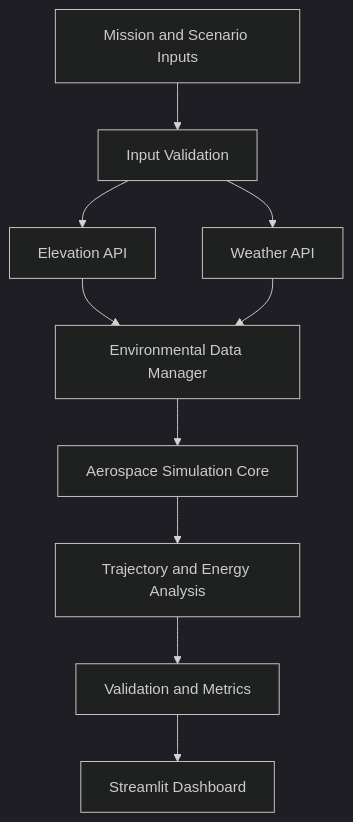
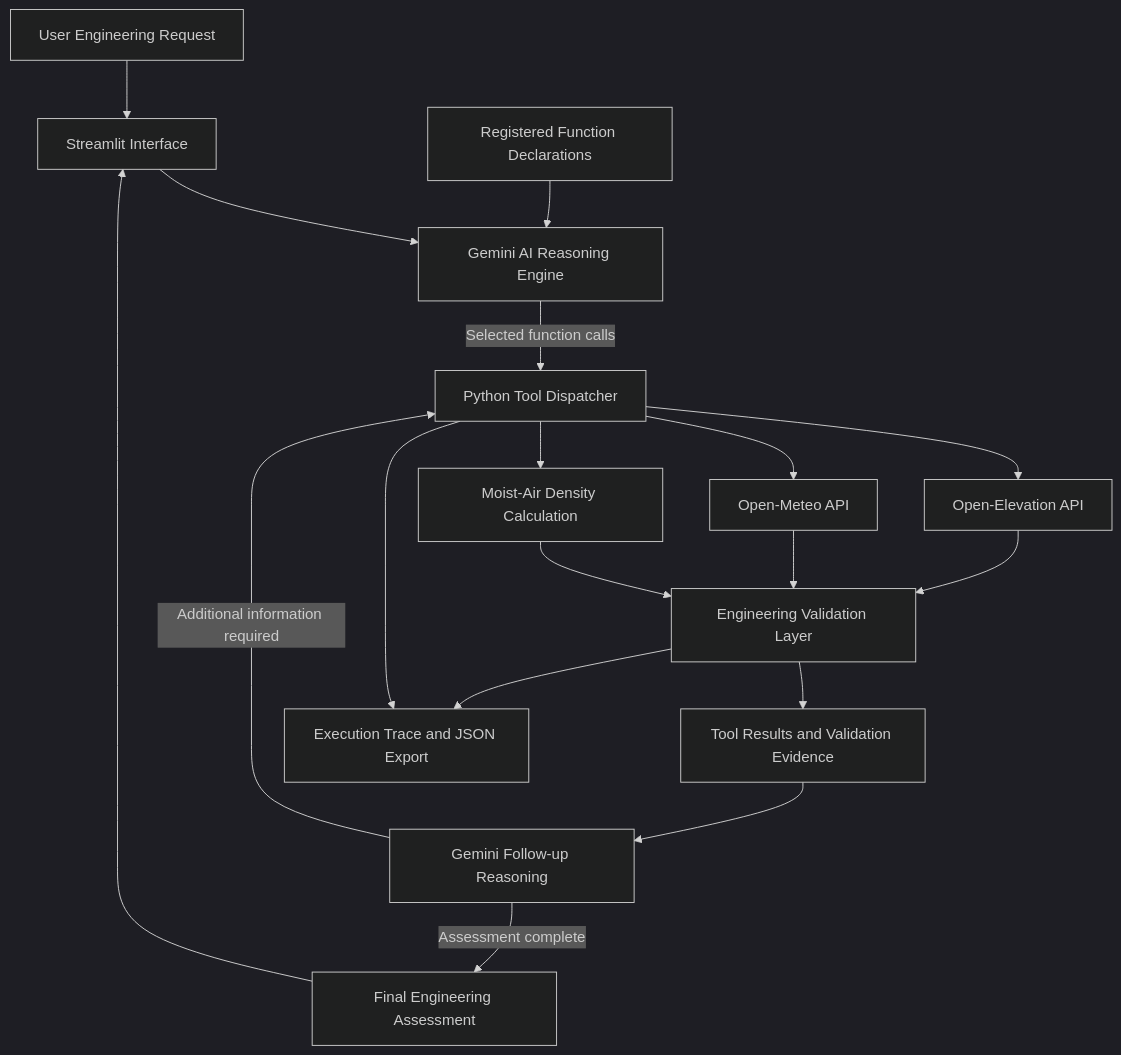
The first of 2 diagrams in README.md (SreeVidhyaBhaskar/PHALANX-AI), drawn with Mermaid (dark theme) before and after one commit. The commit also changed other lines of this file and 6 other files, not shown here.

````diff
--- a/README.md
+++ b/README.md
@@ -51,22 +99,41 @@
 ```mermaid
 flowchart TD
-    A[Mission and Scenario Inputs]
-    B[Input Validation]
-    C[Elevation API]
-    D[Weather API]
-    E[Environmental Data Manager]
-    F[Aerospace Simulation Core]
-    G[Trajectory and Energy Analysis]
-    H[Validation and Metrics]
-    I[Streamlit Dashboard]
+    A["User Engineering Request"]
+    B["Streamlit Interface"]
+    C["Gemini AI Reasoning Engine"]
+    D["Registered Function Declarations"]
+    E["Python Tool Dispatcher"]
+
+    F["Open-Elevation API"]
+    G["Open-Meteo API"]
+    H["Moist-Air Density Calculation"]
+
+    I["Engineering Validation Layer"]
+    J["Tool Results and Validation Evidence"]
+    K["Gemini Follow-up Reasoning"]
+    L["Final Engineering Assessment"]
+    M["Execution Trace and JSON Export"]
 
     A --> B
     B --> C
-    B --> D
-    C --> E
-    D --> E
+    D --> C
+    C -->|"Selected function calls"| E
+
     E --> F
-    F --> G
-    G --> H
+    E --> G
+    E --> H
+
+    F --> I
+    G --> I
     H --> I
+
+    I --> J
+    J --> K
+
+    K -->|"Additional information required"| E
+    K -->|"Assessment complete"| L
+
+    L --> B
+    E --> M
+    I --> M
 ```
````
